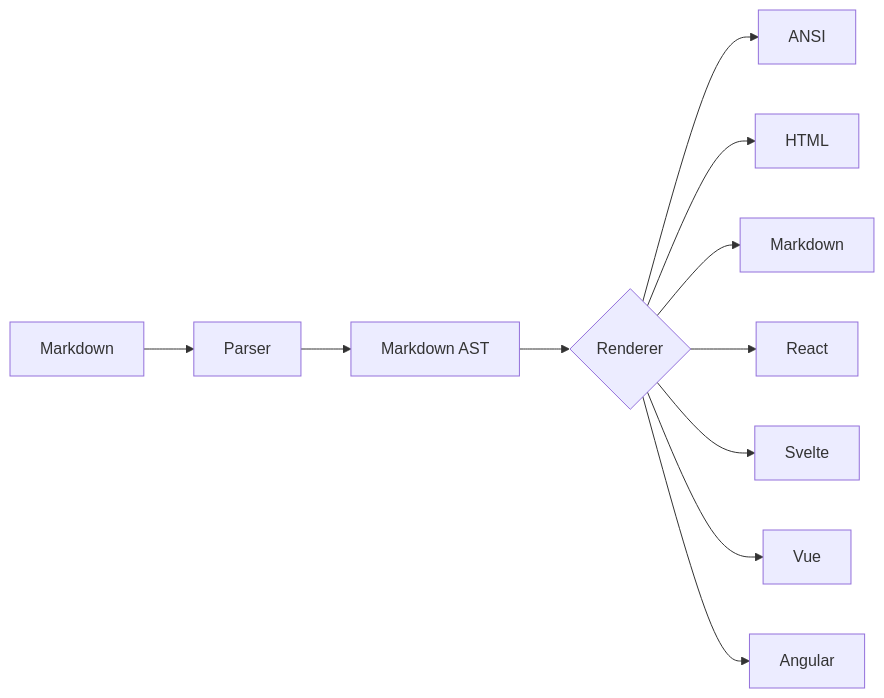
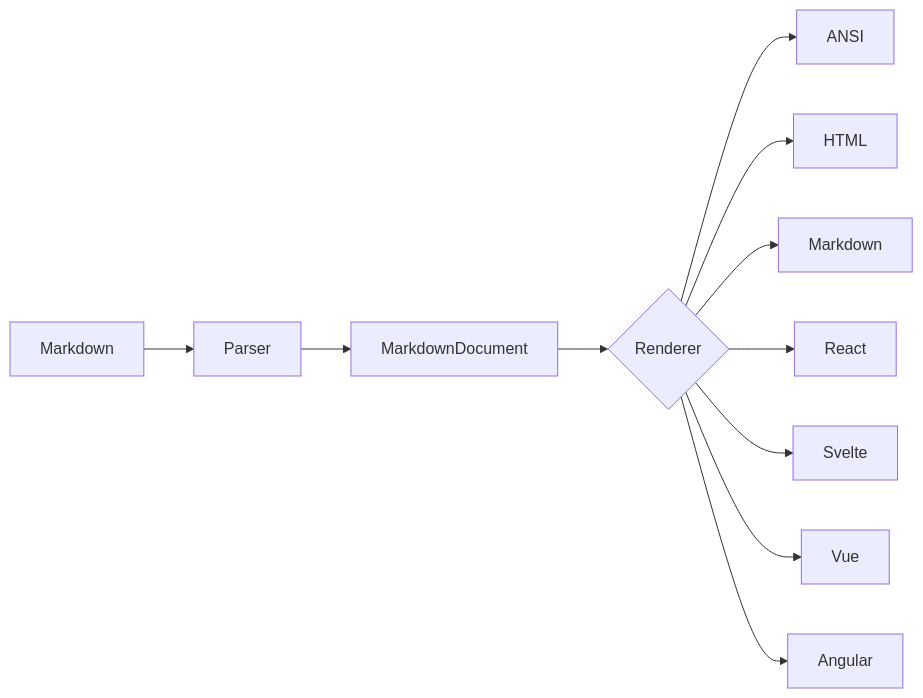
One commit to comarkdown/comark changed the diagram in docs/content/1.getting-started/0.introduction.md. Above: the diagram before and after it, drawn with Mermaid. The commit also changed other lines of this file and 48 other files, not shown here.

Commit message:
chore: move ast to document-model page

````diff
--- a/docs/content/1.getting-started/0.introduction.md
+++ b/docs/content/1.getting-started/0.introduction.md
@@ -246,13 +246,13 @@
 ```mermaid
 graph LR
     A[Markdown] --> B[Parser]
-    B --> C[Markdown AST]
+    B --> C[MarkdownDocument]
     C --> D{Renderer}
     D --> I[ANSI]
     D --> H[HTML]
     D --> J[Markdown]
     D --> F[React]
     D --> G[Svelte]
     D --> E[Vue]
     D --> K[Angular]
 ```
````
